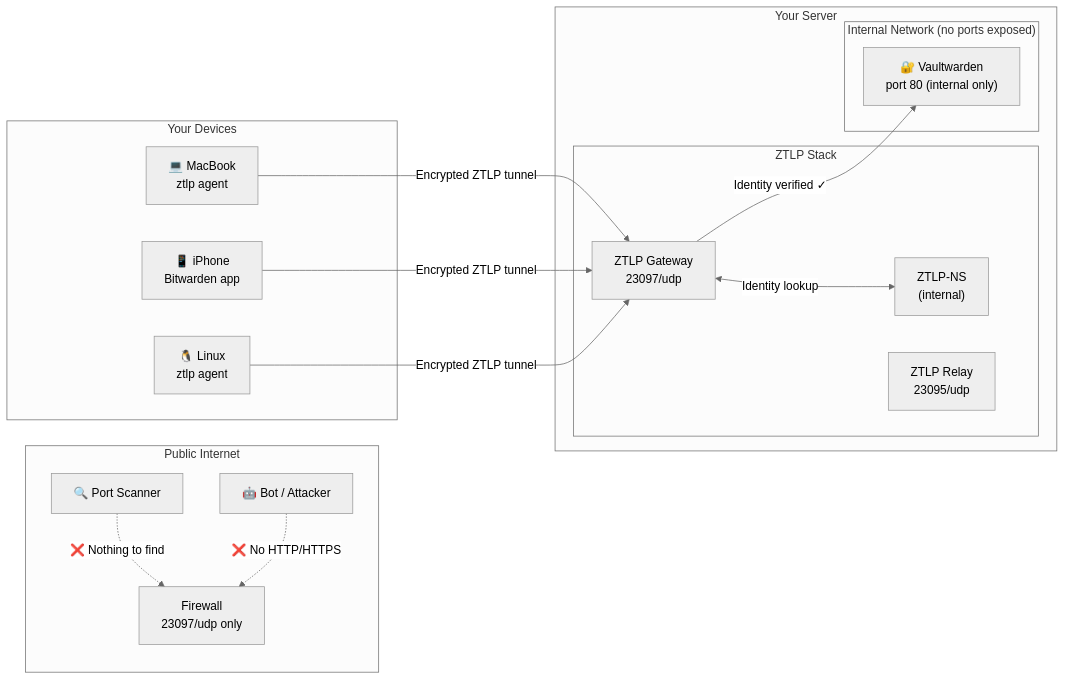
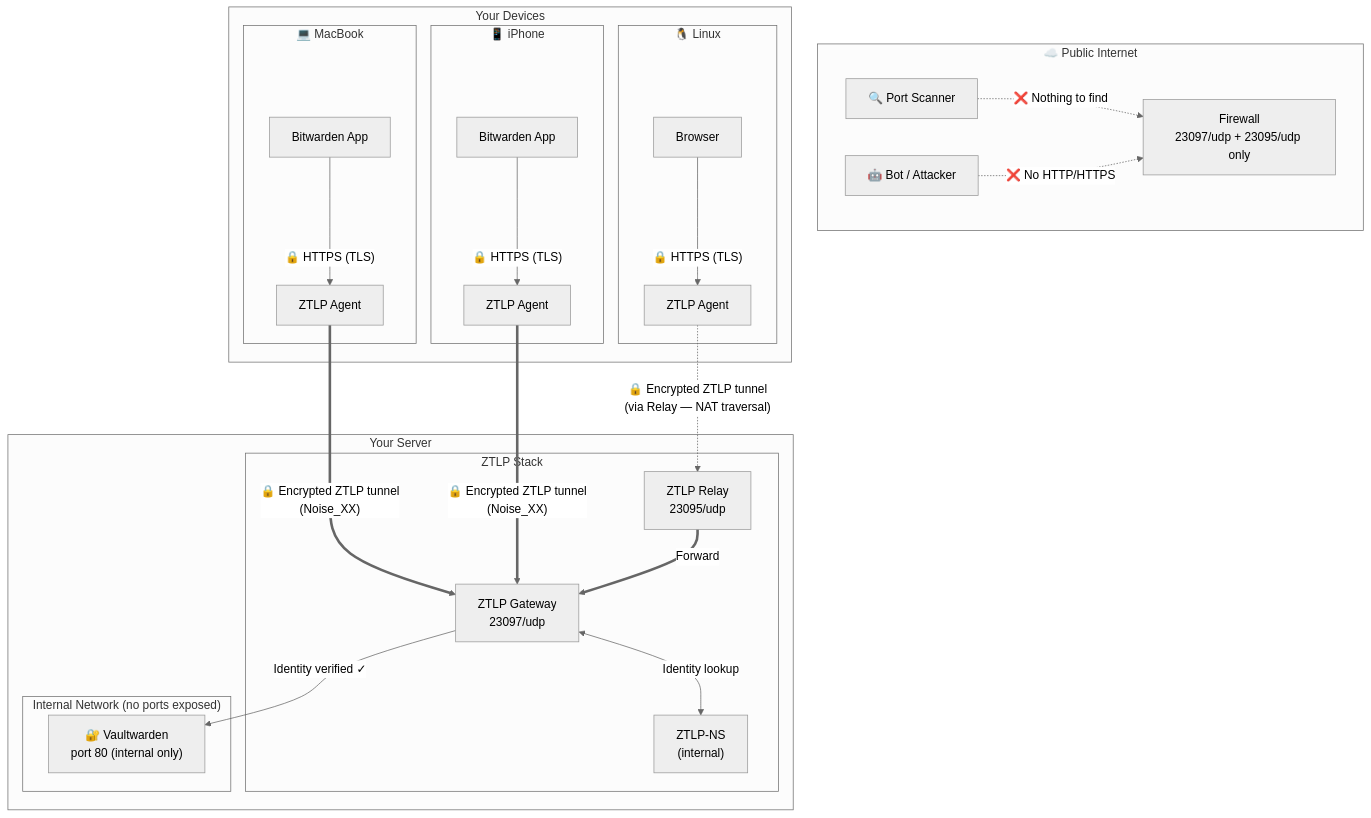
Before and after one commit to priceflex/ztlp: the first of 6 diagrams in examples/vaultwarden/README.md, drawn with Mermaid (neutral theme). The commit also changed other lines of this file, not shown here.

Commit message:
docs: update Vaultwarden diagram — double encryption, relay in traffic flow, auto cert provisioning

````diff
--- a/examples/vaultwarden/README.md
+++ b/examples/vaultwarden/README.md
@@ -11,31 +11,38 @@
 ```mermaid
-graph LR
-    subgraph Internet["Public Internet"]
+graph TB
+    subgraph Internet["☁️ Public Internet"]
         A["🔍 Port Scanner"] -.->|"❌ Nothing to find"| FW
         B["🤖 Bot / Attacker"] -.->|"❌ No HTTP/HTTPS"| FW
     end
 
+    subgraph Devices["Your Devices"]
+        subgraph Mac["💻 MacBook"]
+            BW_M["Bitwarden App"] -->|"🔒 HTTPS (TLS)"| AG_M["ZTLP Agent"]
+        end
+        subgraph Phone["📱 iPhone"]
+            BW_P["Bitwarden App"] -->|"🔒 HTTPS (TLS)"| AG_P["ZTLP Agent"]
+        end
+        subgraph Lin["🐧 Linux"]
+            BW_L["Browser"] -->|"🔒 HTTPS (TLS)"| AG_L["ZTLP Agent"]
+        end
+    end
+
     subgraph Server["Your Server"]
-        FW["Firewall<br/>23097/udp only"]
+        FW["Firewall<br/>23097/udp + 23095/udp only"]
         subgraph ZTLP["ZTLP Stack"]
             GW["ZTLP Gateway<br/>23097/udp"]
             NS["ZTLP-NS<br/>(internal)"]
             RL["ZTLP Relay<br/>23095/udp"]
         end
         subgraph Internal["Internal Network (no ports exposed)"]
             VW["🔐 Vaultwarden<br/>port 80 (internal only)"]
         end
     end
 
-    subgraph Devices["Your Devices"]
-        M["💻 MacBook<br/>ztlp agent"]
-        P["📱 iPhone<br/>Bitwarden app"]
-        L["🐧 Linux<br/>ztlp agent"]
-    end
-
-    M -->|"Encrypted ZTLP tunnel"| GW
-    P -->|"Encrypted ZTLP tunnel"| GW
-    L -->|"Encrypted ZTLP tunnel"| GW
+    AG_M ==>|"🔒 Encrypted ZTLP tunnel<br/>(Noise_XX)"| GW
+    AG_P ==>|"🔒 Encrypted ZTLP tunnel<br/>(Noise_XX)"| GW
+    AG_L -.->|"🔒 Encrypted ZTLP tunnel<br/>(via Relay — NAT traversal)"| RL
+    RL ==>|"Forward"| GW
     GW -->|"Identity verified ✓"| VW
     GW <-->|"Identity lookup"| NS
 ```
````
